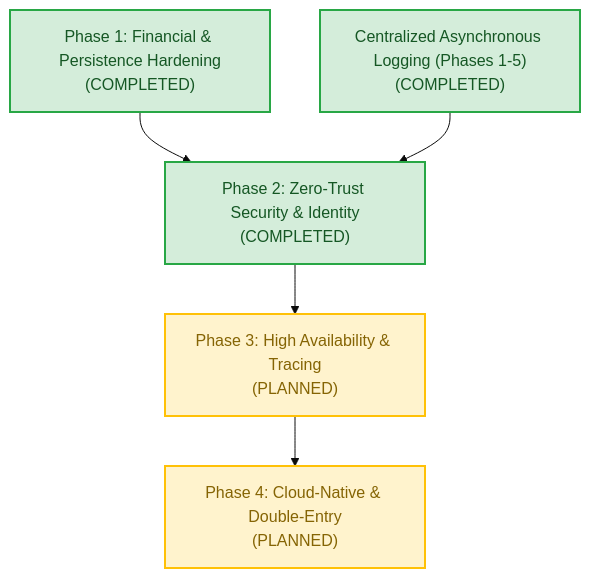
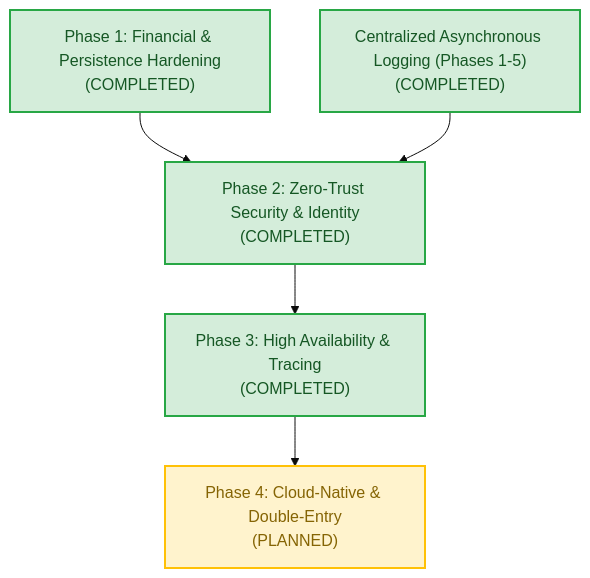
One commit to bkojha74/global-wallet-microservices changed the sixth of 6 diagrams in README.md. Above: the diagram before and after it, drawn with Mermaid (base theme). The commit also changed other lines of this file and 23 other files, not shown here.

````diff
--- a/README.md
+++ b/README.md
@@ -398,16 +404,16 @@
 ```mermaid
 graph TD
     classDef completed fill:#d4edda,stroke:#28a745,stroke-width:2px,color:#155724;
     classDef planned fill:#fff3cd,stroke:#ffc107,stroke-width:2px,color:#856404;
 
     P1["Phase 1: Financial & Persistence Hardening<br/>(COMPLETED)"]:::completed
     L15["Centralized Asynchronous Logging (Phases 1-5)<br/>(COMPLETED)"]:::completed
     P2["Phase 2: Zero-Trust Security & Identity<br/>(COMPLETED)"]:::completed
-    P3["Phase 3: High Availability & Tracing<br/>(PLANNED)"]:::planned
+    P3["Phase 3: High Availability & Tracing<br/>(COMPLETED)"]:::completed
     P4["Phase 4: Cloud-Native & Double-Entry<br/>(PLANNED)"]:::planned
 
     P1 --> P2
     L15 --> P2
     P2 --> P3
     P3 --> P4
 ```
````
